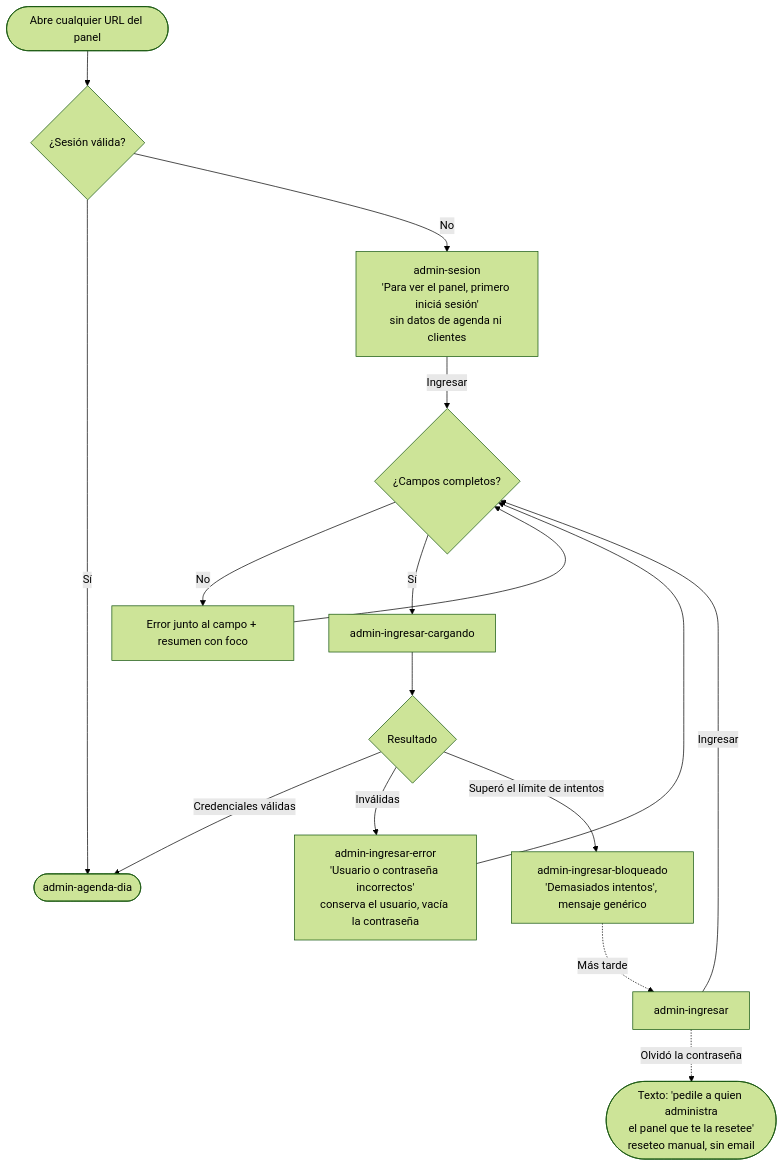
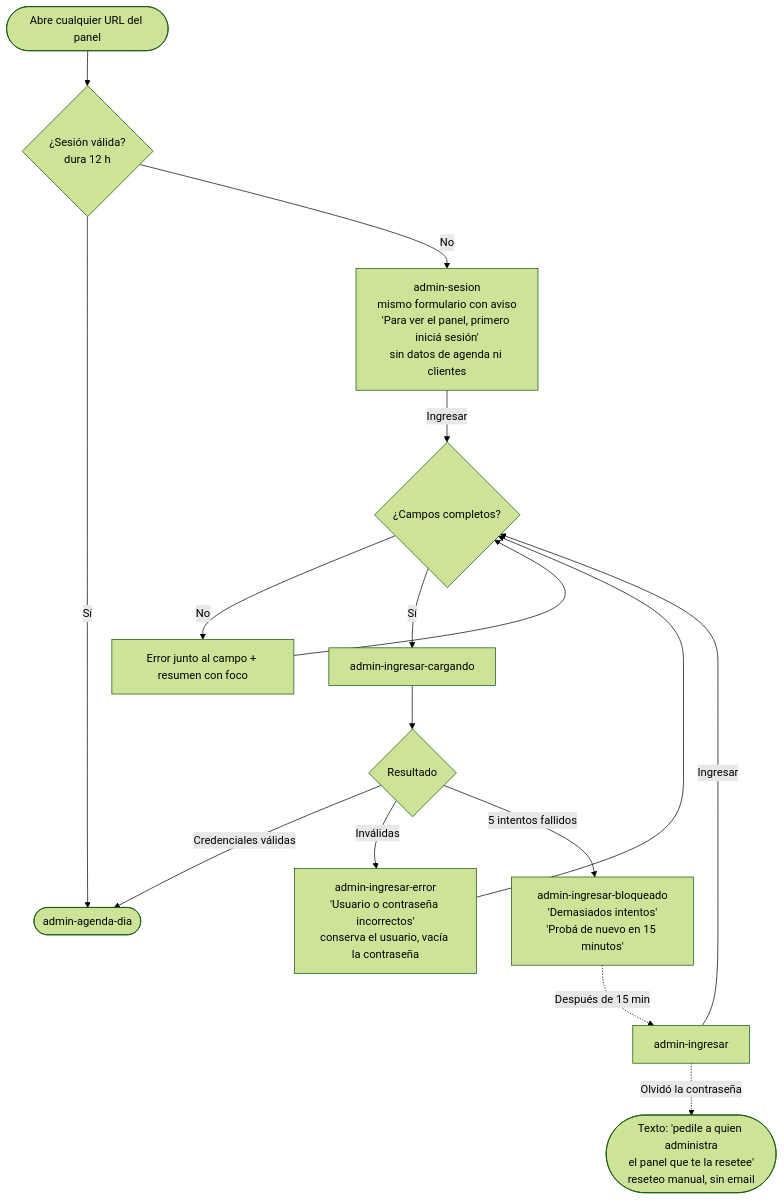
Before and after one commit to gm2dev/coop-agents-design: the seventh of 11 diagrams in initiatives/turnos-peluqueria-mvp/flows.md, drawn with Mermaid (forest theme). The commit also changed other lines of this file and 9 other files, not shown here.

First line of the commit message:
docs(turnos-peluqueria-mvp): incorporar respuestas del Architect (P-D3, P-D4, P-D5, P-D7, S-3 a S-8)

````diff
--- a/initiatives/turnos-peluqueria-mvp/flows.md
+++ b/initiatives/turnos-peluqueria-mvp/flows.md
@@ -120,16 +120,16 @@
 ```mermaid
 flowchart TD
-  any([Abre cualquier URL del panel]) --> auth{¿Sesión válida?}
+  any([Abre cualquier URL del panel]) --> auth{¿Sesión válida?<br/>dura 12 h}
   auth -->|Sí| agenda([admin-agenda-dia])
-  auth -->|No| ses[admin-sesion<br/>'Para ver el panel, primero iniciá sesión'<br/>sin datos de agenda ni clientes]
+  auth -->|No| ses[admin-sesion<br/>mismo formulario con aviso<br/>'Para ver el panel, primero iniciá sesión'<br/>sin datos de agenda ni clientes]
   login[admin-ingresar] & ses -->|Ingresar| val{¿Campos completos?}
   val -->|No| fe[Error junto al campo + resumen con foco]
   fe --> val
   val -->|Sí| send[admin-ingresar-cargando] --> chk{Resultado}
   chk -->|Credenciales válidas| agenda
   chk -->|Inválidas| err[admin-ingresar-error<br/>'Usuario o contraseña incorrectos'<br/>conserva el usuario, vacía la contraseña]
   err --> val
-  chk -->|Superó el límite de intentos| blk[admin-ingresar-bloqueado<br/>'Demasiados intentos', mensaje genérico]
-  blk -.->|Más tarde| login
+  chk -->|5 intentos fallidos| blk[admin-ingresar-bloqueado<br/>'Demasiados intentos'<br/>'Probá de nuevo en 15 minutos']
+  blk -.->|Después de 15 min| login
   login -.->|Olvidó la contraseña| manual([Texto: 'pedile a quien administra<br/>el panel que te la resetee'<br/>reseteo manual, sin email])
 ```
````
